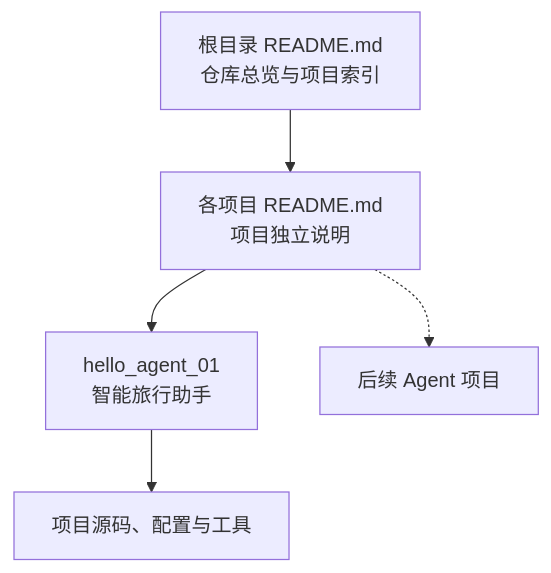
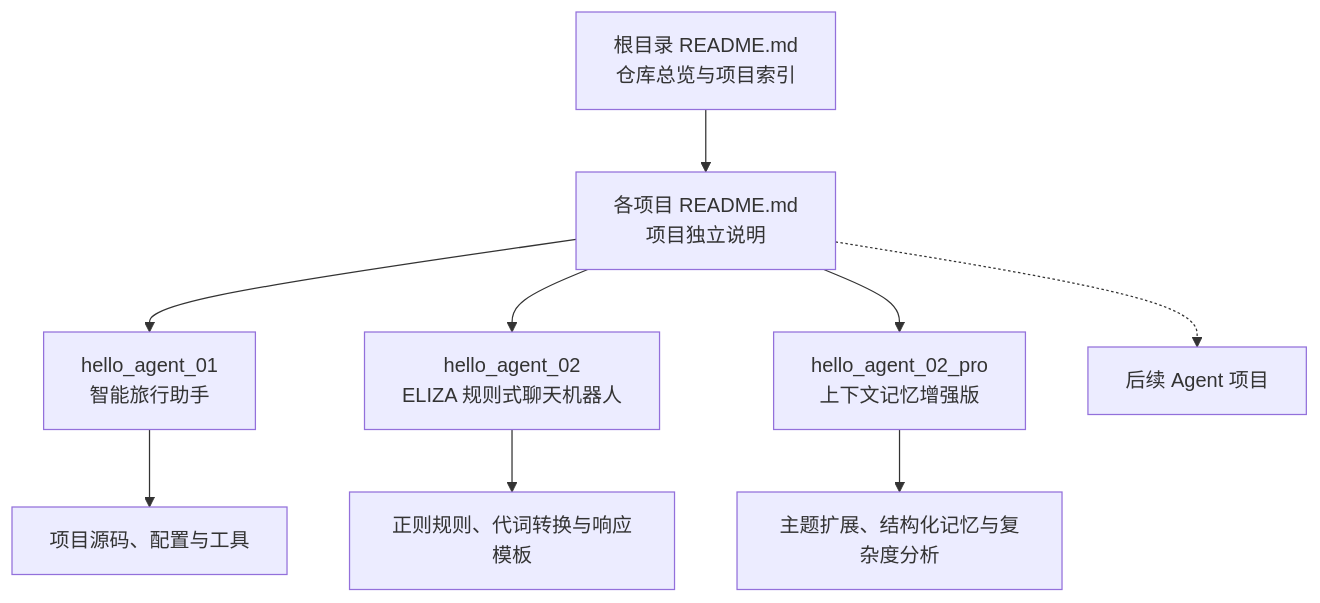
Before and after one commit to structkk/agent_code: the diagram in README.md, drawn with Mermaid. The commit also changed other lines of this file and 6 other files, not shown here.

````diff
--- a/README.md
+++ b/README.md
@@ -40,7 +41,11 @@
 ```mermaid
 flowchart TD
     R["根目录 README.md<br/>仓库总览与项目索引"] --> D["各项目 README.md<br/>项目独立说明"]
     D --> P1["hello_agent_01<br/>智能旅行助手"]
     P1 --> C["项目源码、配置与工具"]
+    D --> P2["hello_agent_02<br/>ELIZA 规则式聊天机器人"]
+    P2 --> R2["正则规则、代词转换与响应模板"]
+    D --> P2P["hello_agent_02_pro<br/>上下文记忆增强版"]
+    P2P --> R2P["主题扩展、结构化记忆与复杂度分析"]
     D -.-> PN["后续 Agent 项目"]
 ```
````
